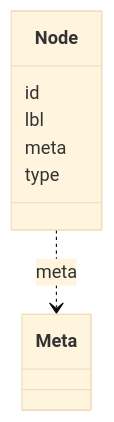
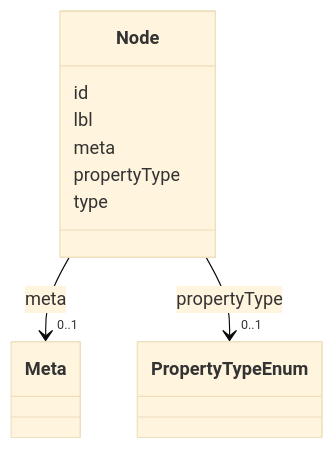
The diagram in docs/datamodels/obograph/Node.md (INCATools/ontology-access-kit), drawn with Mermaid (base theme) before and after one commit. The commit also changed other lines of this file and 23 other files, not shown here.

````diff
--- a/docs/datamodels/obograph/Node.md
+++ b/docs/datamodels/obograph/Node.md
@@ -11,15 +19,30 @@
-```{mermaid}
+```mermaid
  classDiagram
     class Node
+    click Node href "../Node"
       Node : id
         
       Node : lbl
         
       Node : meta
         
-          Node ..> Meta : meta
+          
+    
+    
+    Node --> "0..1" Meta : meta
+    click Meta href "../Meta"
+
+        
+      Node : propertyType
+        
+          
+    
+    
+    Node --> "0..1" PropertyTypeEnum : propertyType
+    click PropertyTypeEnum href "../PropertyTypeEnum"
+
         
       Node : type
         
       
 ```
````
